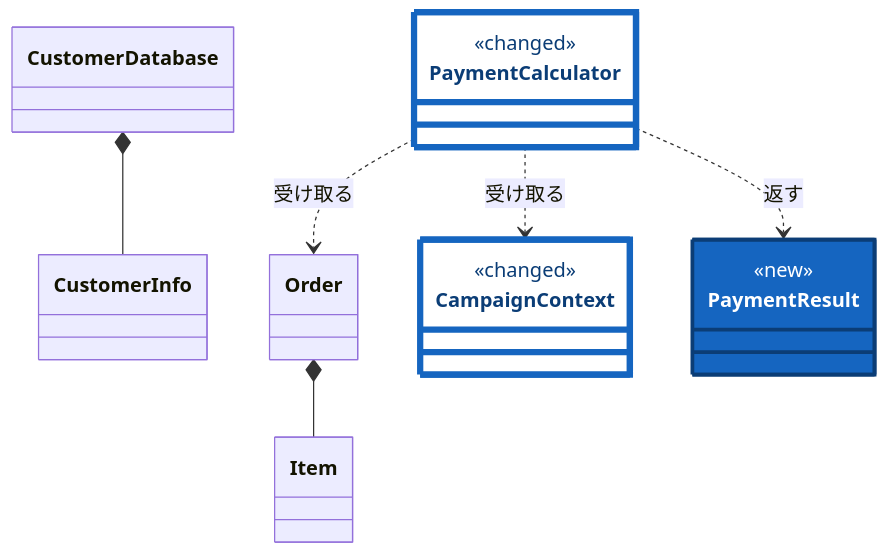
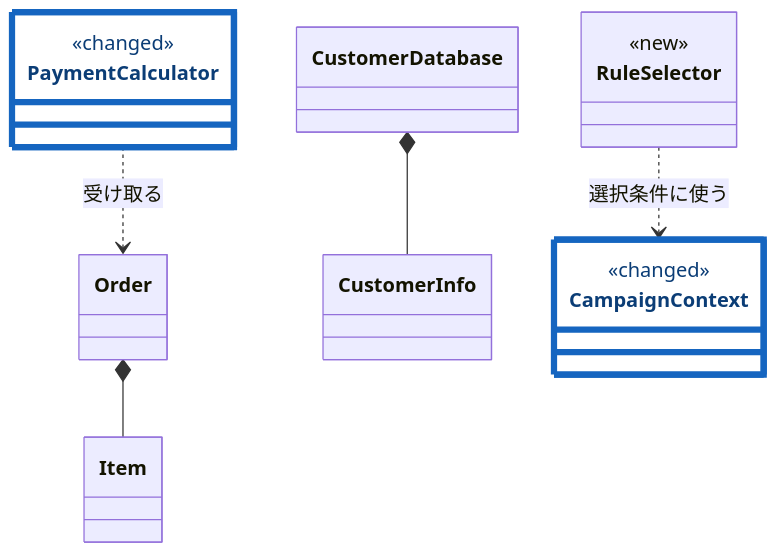
Before and after one commit to kumachan1101-pixel/DesignPattern: diagram 11 of 16 in kindle/design-patterns/books/volume01-core-patterns/output/03-chapter01.md, drawn with Mermaid. The commit also changed other lines of this file and 41 other files, not shown here.

````diff
--- a/kindle/design-patterns/books/volume01-core-patterns/output/03-chapter01.md
+++ b/kindle/design-patterns/books/volume01-core-patterns/output/03-chapter01.md
@@ -2066,25 +2084,22 @@
 ```mermaid
 classDiagram
     direction TB
     class Order
     class Item
     class CustomerInfo
     class CustomerDatabase
     class CampaignContext:::touched {
         <<changed>>
     }
-    class PaymentResult:::added {
+    class RuleSelector:::added {
         <<new>>
     }
     class PaymentCalculator:::touched {
         <<changed>>
     }
     Order *-- Item
     CustomerDatabase *-- CustomerInfo
     PaymentCalculator ..> Order : 受け取る
-    PaymentCalculator ..> CampaignContext : 受け取る
-    PaymentCalculator ..> PaymentResult : 返す
-
-    classDef added fill:#1565c0,stroke:#0b3d76,stroke-width:3px,color:#ffffff;
+    RuleSelector ..> CampaignContext : 選択条件に使う
     classDef touched fill:#ffffff,stroke:#1565c0,stroke-width:5px,color:#0b3d76;
 ```
````
